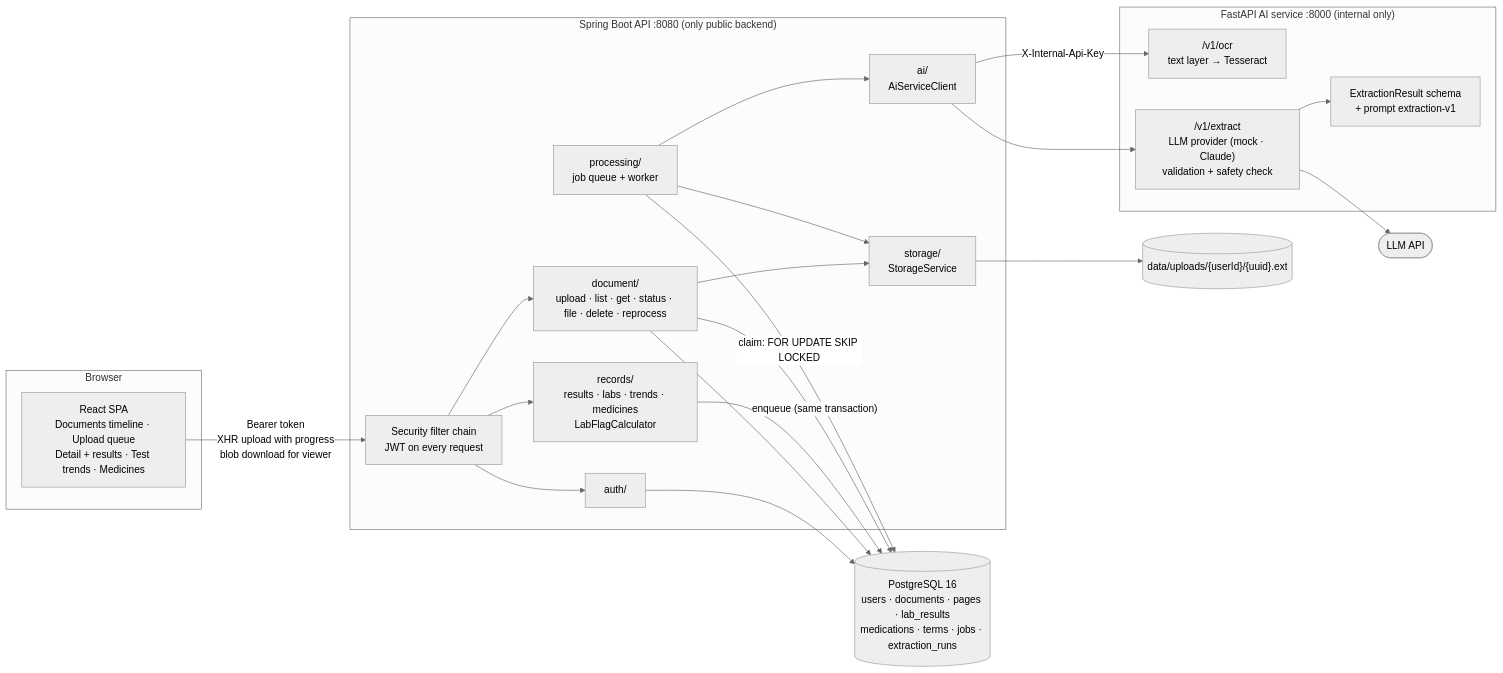
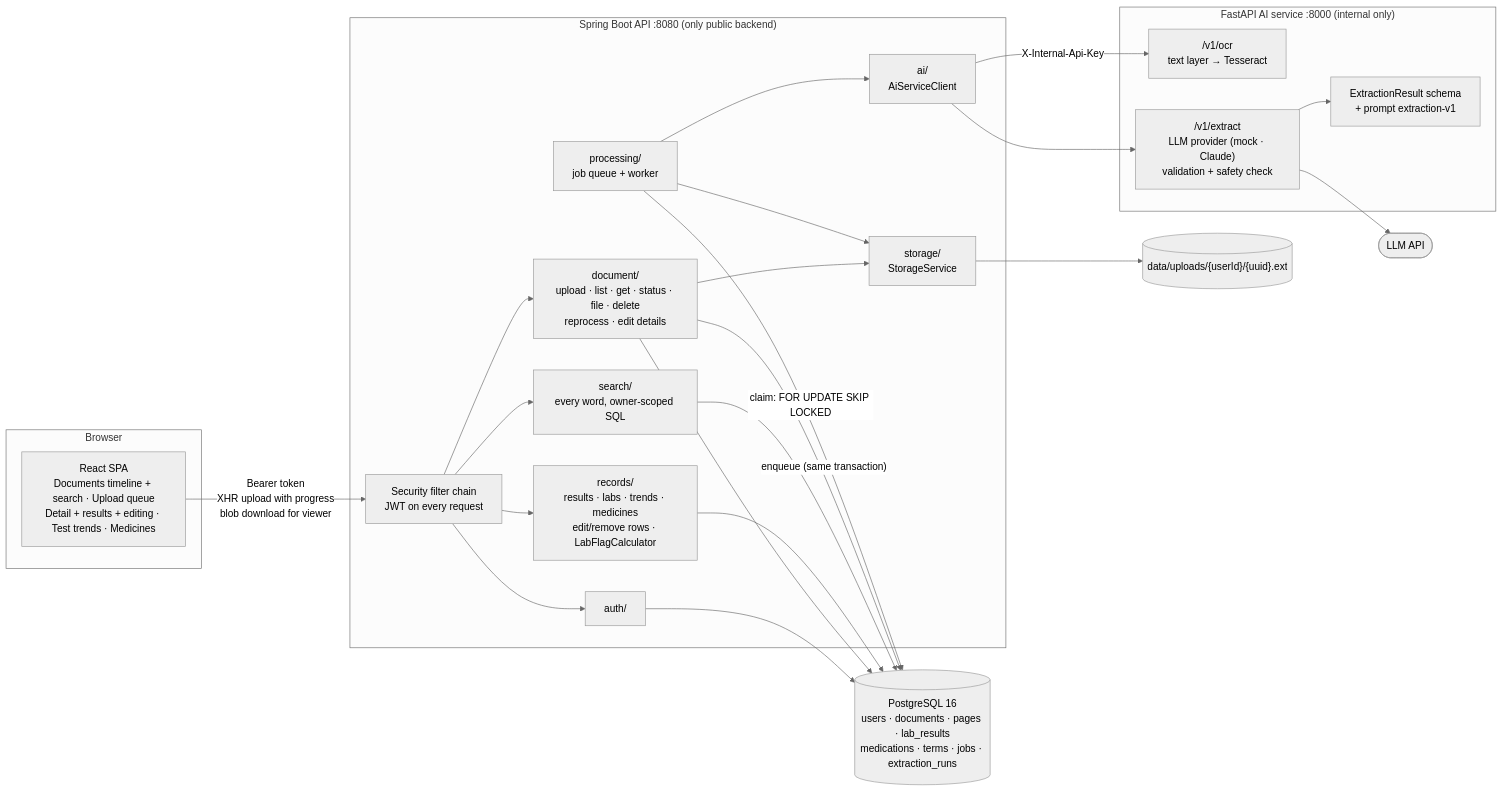
One commit to n3h4a/medfold changed the first of 3 diagrams in docs/architecture.md. Above: the diagram before and after it, drawn with Mermaid (neutral theme). The commit also changed other lines of this file, not shown here.

Commit message:
docs: add architecture recap for tasks 31-36 (search, editing, operations, trend units)

````diff
--- a/docs/architecture.md
+++ b/docs/architecture.md
@@ -18,40 +18,42 @@
 ```mermaid
 flowchart LR
     subgraph Browser
-        UI["React SPA<br/>Documents timeline · Upload queue<br/>Detail + results · Test trends · Medicines"]
+        UI["React SPA<br/>Documents timeline + search · Upload queue<br/>Detail + results + editing · Test trends · Medicines"]
     end
 
     subgraph Backend["Spring Boot API :8080 (only public backend)"]
         SEC["Security filter chain<br/>JWT on every request"]
         AUTH["auth/"]
-        DOCS["document/<br/>upload · list · get · status · file · delete · reprocess"]
-        RECORDS["records/<br/>results · labs · trends · medicines<br/>LabFlagCalculator"]
+        DOCS["document/<br/>upload · list · get · status · file · delete<br/>reprocess · edit details"]
+        RECORDS["records/<br/>results · labs · trends · medicines<br/>edit/remove rows · LabFlagCalculator"]
+        SEARCH["search/<br/>every word, owner-scoped SQL"]
         STORE["storage/<br/>StorageService"]
         WORKER["processing/<br/>job queue + worker"]
         AICLIENT["ai/<br/>AiServiceClient"]
     end
 
     subgraph AI["FastAPI AI service :8000 (internal only)"]
         OCR["/v1/ocr<br/>text layer → Tesseract"]
         EXTRACT["/v1/extract<br/>LLM provider (mock · Claude)<br/>validation + safety check"]
         SCHEMA["ExtractionResult schema<br/>+ prompt extraction-v1"]
     end
 
     DB[("PostgreSQL 16<br/>users · documents · pages · lab_results<br/>medications · terms · jobs · extraction_runs")]
     FILES[("data/uploads/{userId}/{uuid}.ext")]
     LLM(["LLM API"])
 
     UI -- "Bearer token<br/>XHR upload with progress<br/>blob download for viewer" --> SEC
     SEC --> AUTH --> DB
     SEC --> DOCS --> DB
     SEC --> RECORDS --> DB
+    SEC --> SEARCH --> DB
     DOCS --> STORE --> FILES
     DOCS -- "enqueue (same transaction)" --> DB
     WORKER -- "claim: FOR UPDATE SKIP LOCKED" --> DB
     WORKER --> STORE
     WORKER --> AICLIENT
     AICLIENT -- "X-Internal-Api-Key" --> OCR
     AICLIENT --> EXTRACT
     EXTRACT --> SCHEMA
     EXTRACT --> LLM
 ```
````
